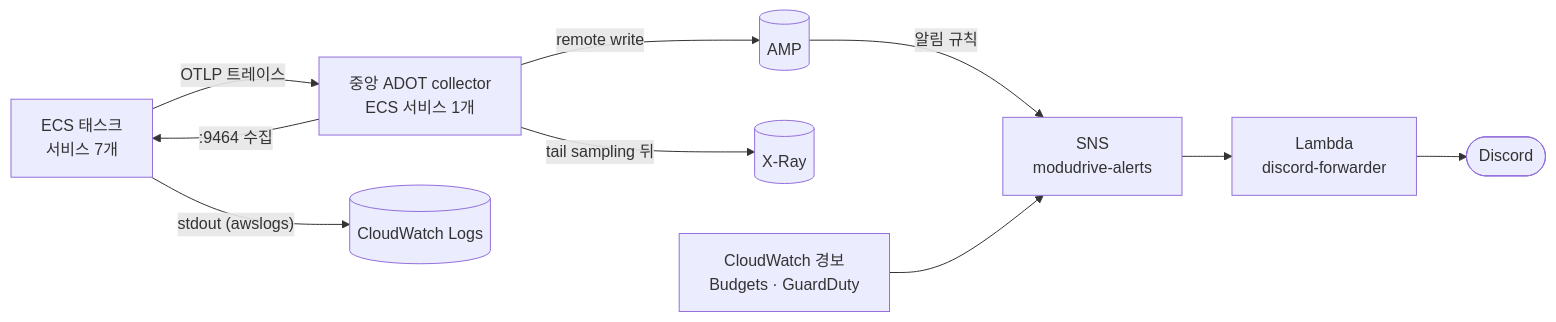
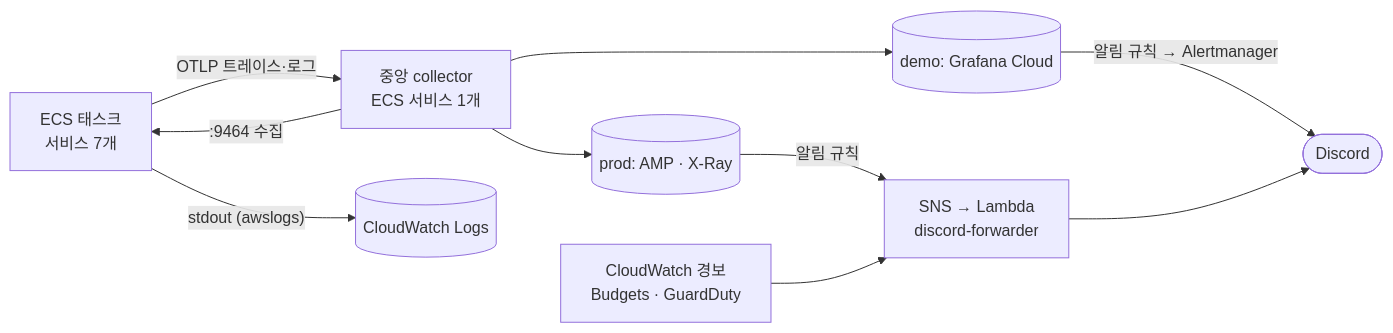
One commit to rivertw777/ModuDrive-API changed the diagram in .docs/guide/003-aws-migration.md. Above: the diagram before and after it, drawn with Mermaid. The commit also changed other lines of this file and 18 other files, not shown here.

First line of the commit message:
feat: move demo monitoring to grafana cloud (#699)

````diff
--- a/.docs/guide/003-aws-migration.md
+++ b/.docs/guide/003-aws-migration.md
@@ -254,21 +268,21 @@
 ```mermaid
 flowchart LR
     S["ECS 태스크<br/>서비스 7개"]
-    C["중앙 ADOT collector<br/>ECS 서비스 1개"]
-    AMP[("AMP")]
-    X[("X-Ray")]
+    C["중앙 collector<br/>ECS 서비스 1개"]
+    GC[("demo: Grafana Cloud")]
+    AWS[("prod: AMP · X-Ray")]
     CW[("CloudWatch Logs")]
     ALM["CloudWatch 경보<br/>Budgets · GuardDuty"]
-    SNS["SNS<br/>modudrive-alerts"]
-    LA["Lambda<br/>discord-forwarder"]
+    SNS["SNS → Lambda<br/>discord-forwarder"]
     D(["Discord"])
 
-    S -- "OTLP 트레이스" --> C
+    S -- "OTLP 트레이스·로그" --> C
     C -- ":9464 수집" --> S
-    C -- "remote write" --> AMP
-    C -- "tail sampling 뒤" --> X
+    C --> GC
+    C --> AWS
     S -- "stdout (awslogs)" --> CW
-    AMP -- "알림 규칙" --> SNS
+    GC -- "알림 규칙 → Alertmanager" --> D
+    AWS -- "알림 규칙" --> SNS
     ALM --> SNS
-    SNS --> LA --> D
+    SNS --> D
 ```
````
